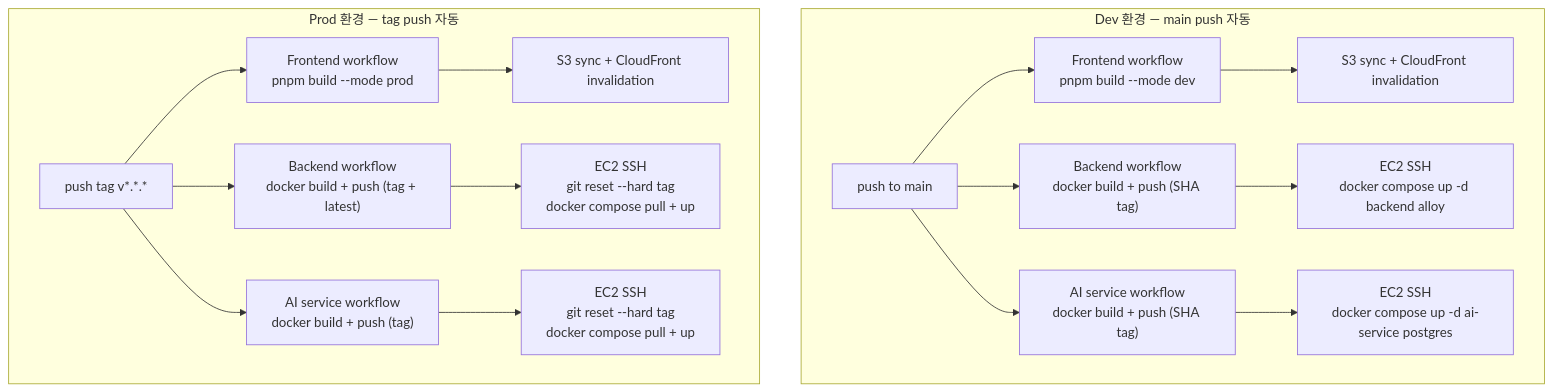
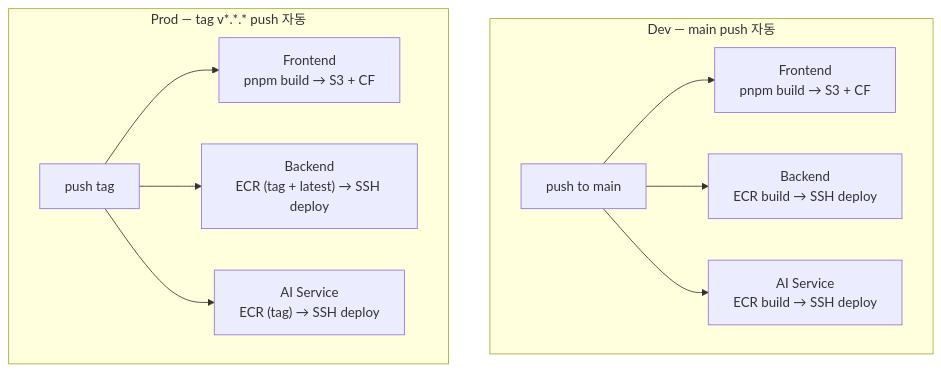
Before and after one commit to g1ennk/FlowMate: the fourth of 4 diagrams in docs/architecture.md, drawn with Mermaid. The commit also changed other lines of this file and 1 other file, not shown here.

Commit message:
docs: 리뷰 피드백 반영 — CLAUDE.md AI 태그 표기 정정 + architecture §4 간결화

````diff
--- a/docs/architecture.md
+++ b/docs/architecture.md
@@ -163,20 +156,14 @@
 ```mermaid
 flowchart TD
-    subgraph Dev["Dev 환경 — main push 자동"]
-        D0["push to main"] --> D1["Frontend workflow<br/>pnpm build --mode dev"]
-        D0 --> D2["Backend workflow<br/>docker build + push (SHA tag)"]
-        D0 --> D3["AI service workflow<br/>docker build + push (SHA tag)"]
-        D1 --> D4["S3 sync + CloudFront invalidation"]
-        D2 --> D5["EC2 SSH<br/>docker compose up -d backend alloy"]
-        D3 --> D6["EC2 SSH<br/>docker compose up -d ai-service postgres"]
+    subgraph Dev["Dev — main push 자동"]
+        D0["push to main"] --> D1["Frontend<br/>pnpm build → S3 + CF"]
+        D0 --> D2["Backend<br/>ECR build → SSH deploy"]
+        D0 --> D3["AI Service<br/>ECR build → SSH deploy"]
     end
 
-    subgraph Prod["Prod 환경 — tag push 자동"]
-        P0["push tag v*.*.*"] --> P1["Frontend workflow<br/>pnpm build --mode prod"]
-        P0 --> P2["Backend workflow<br/>docker build + push (tag + latest)"]
-        P0 --> P3["AI service workflow<br/>docker build + push (tag)"]
-        P1 --> P4["S3 sync + CloudFront invalidation"]
-        P2 --> P5["EC2 SSH<br/>git reset --hard tag<br/>docker compose pull + up"]
-        P3 --> P6["EC2 SSH<br/>git reset --hard tag<br/>docker compose pull + up"]
+    subgraph Prod["Prod — tag v*.*.* push 자동"]
+        P0["push tag"] --> P1["Frontend<br/>pnpm build → S3 + CF"]
+        P0 --> P2["Backend<br/>ECR (tag + latest) → SSH deploy"]
+        P0 --> P3["AI Service<br/>ECR (tag) → SSH deploy"]
     end
 ```
````
